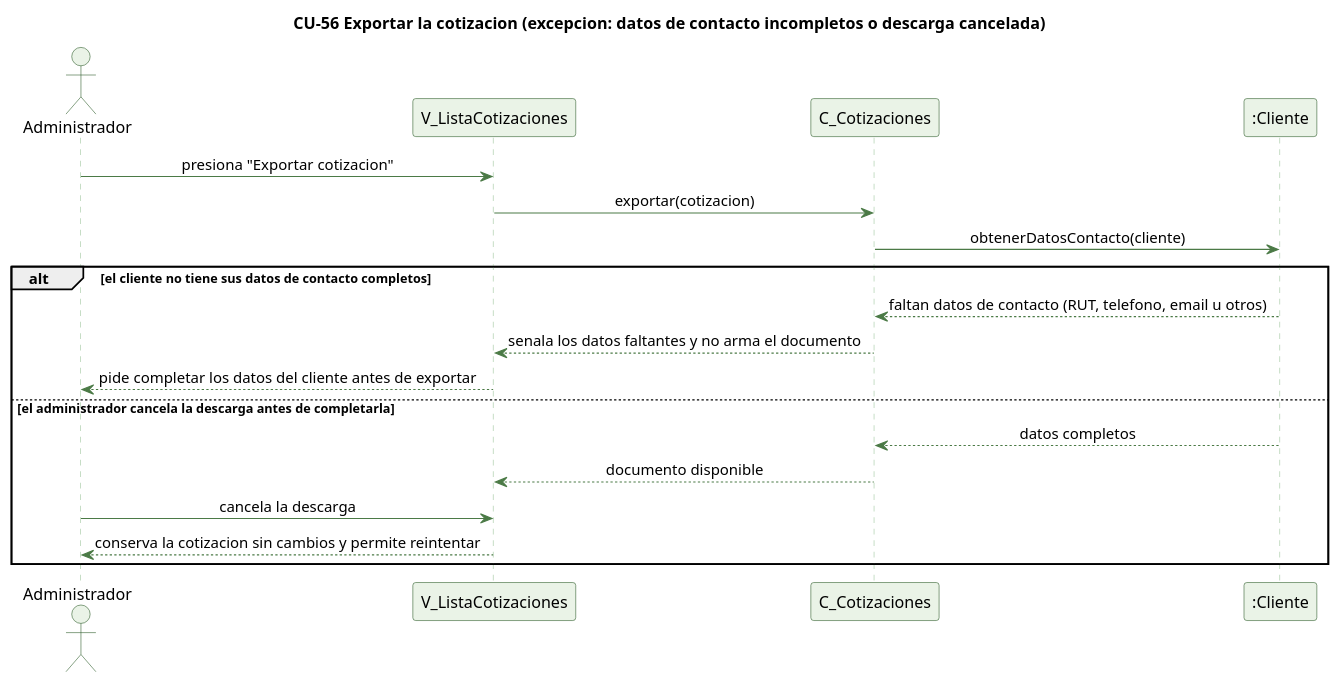
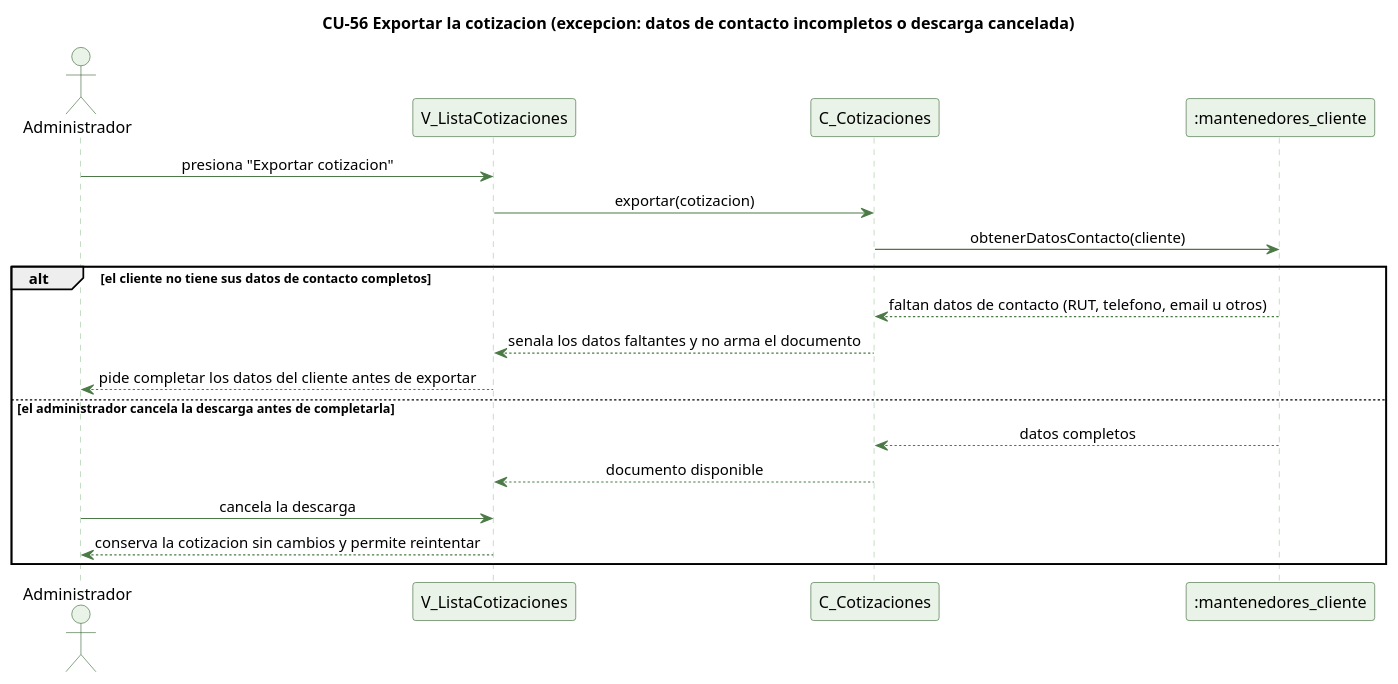
One commit to kenjikaese/Triverde changed the diagram in docs/trabajo-grupal/diagramas/secuencias/cu56-exportar-cotizacion-excepcion.puml. Above: the diagram before and after it, drawn with PlantUML. The commit also changed 83 other files, not shown here.

First line of the commit message:
docs(secuencias): diagramas CU-65 a CU-68 y tablas reales en el Modulo 8

```diff
--- a/docs/trabajo-grupal/diagramas/secuencias/cu56-exportar-cotizacion-excepcion.puml
+++ b/docs/trabajo-grupal/diagramas/secuencias/cu56-exportar-cotizacion-excepcion.puml
@@ -1,35 +1,35 @@
 @startuml cu56-exportar-cotizacion-excepcion
 ' CU-56 Exportando la cotizacion como documento - flujo de excepcion
 skinparam backgroundColor #FFFFFF
 skinparam shadowing false
 skinparam defaultFontName Helvetica
 skinparam sequenceMessageAlign center
 skinparam ParticipantBackgroundColor #EAF3E7
 skinparam ParticipantBorderColor #2E5E2A
 skinparam ActorBackgroundColor #EAF3E7
 skinparam ActorBorderColor #2E5E2A
 skinparam sequenceLifeLineBorderColor #9CC49A
 skinparam ArrowColor #4B7A46
 
 title CU-56 Exportar la cotizacion (excepcion: datos de contacto incompletos o descarga cancelada)
 
 actor Administrador
 participant "V_ListaCotizaciones" as V
 participant "C_Cotizaciones" as C
-participant ":Cliente" as CL
+participant ":mantenedores_cliente" as CL
 
 Administrador -> V : presiona "Exportar cotizacion"
 V -> C : exportar(cotizacion)
 C -> CL : obtenerDatosContacto(cliente)
 alt el cliente no tiene sus datos de contacto completos
   CL --> C : faltan datos de contacto (RUT, telefono, email u otros)
   C --> V : senala los datos faltantes y no arma el documento
   V --> Administrador : pide completar los datos del cliente antes de exportar
 else el administrador cancela la descarga antes de completarla
   CL --> C : datos completos
   C --> V : documento disponible
   Administrador -> V : cancela la descarga
   V --> Administrador : conserva la cotizacion sin cambios y permite reintentar
 end
 
 @enduml
```
